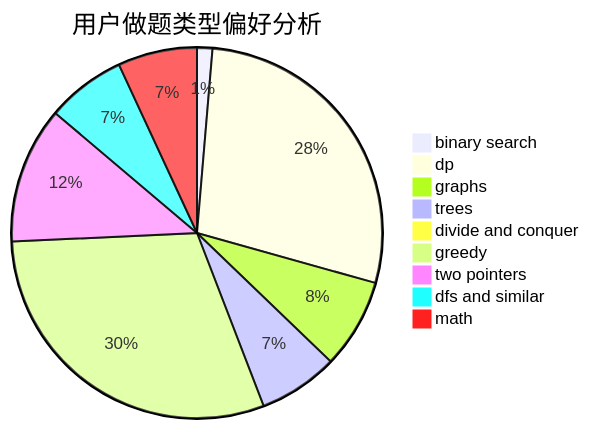
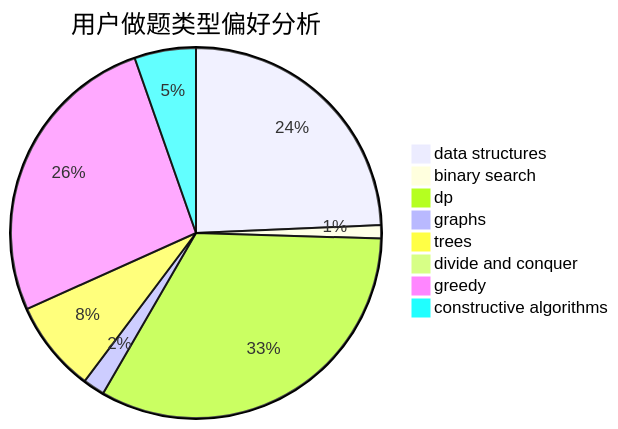
The second of 3 diagrams in docs/user/u2156.md (sherpahu/cfrs.github.io), drawn with Mermaid before and after one commit. The commit also changed other lines of this file and 2775 other files, not shown here.

````diff
--- a/docs/user/u2156.md
+++ b/docs/user/u2156.md
@@ -23,12 +23,11 @@
 ```mermaid
 pie title 用户做题类型偏好分析
-    "binary search" :  26
-    "dp" :  543
-    "graphs" :  152
-    "trees" :  135
+    "data structures" :  358
+    "binary search" :  17
+    "dp" :  484
+    "graphs" :  28
+    "trees" :  118
     "divide and conquer" :  8
-    "greedy" :  584
-    "two pointers" :  231
-    "dfs and similar" :  134
-    "math" :  134
+    "greedy" :  388
+    "constructive algorithms" :  79
 ```
````
